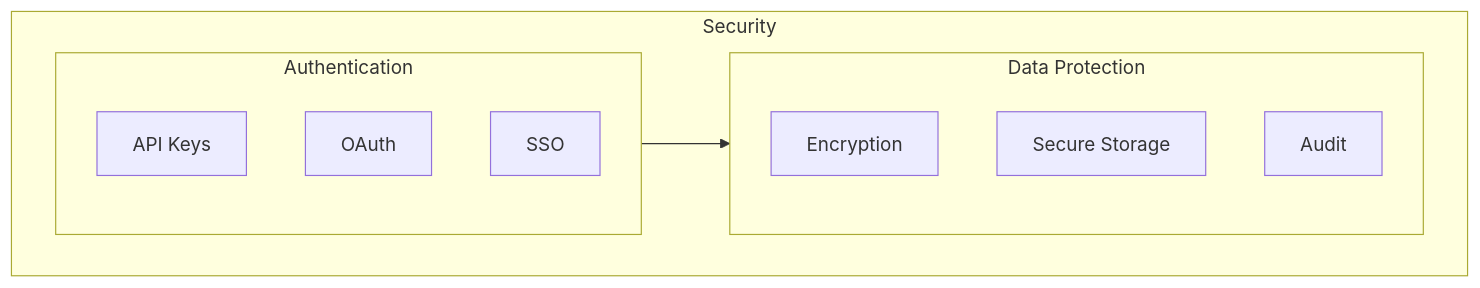
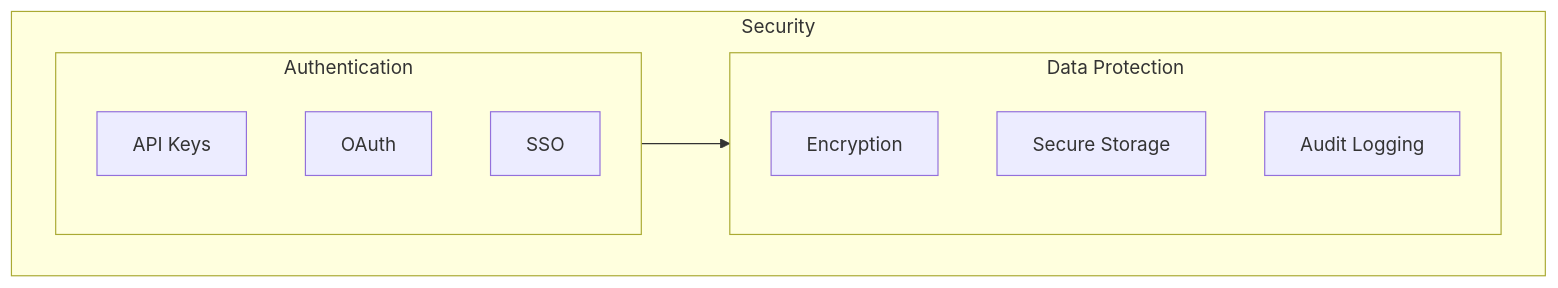
One commit to aspose-note/Aspose.MeetingNotes-for-.NET changed the fifth of 5 diagrams in docs/architecture.md. Above: the diagram before and after it, drawn with Mermaid. The commit also changed other lines of this file and 14 other files, not shown here.

````diff
--- a/docs/architecture.md
+++ b/docs/architecture.md
@@ -183,19 +169,19 @@
 ```mermaid
 graph TB
     subgraph Security["Security"]
         direction LR
         subgraph Authentication["Authentication"]
             A1[API Keys]
             A2[OAuth]
             A3[SSO]
         end
 
         subgraph Data["Data Protection"]
             D1[Encryption]
             D2[Secure Storage]
-            D3[Audit]
+            D3[Audit Logging]
         end
     end
 
     Authentication --> Data
-``` 
+```
````
